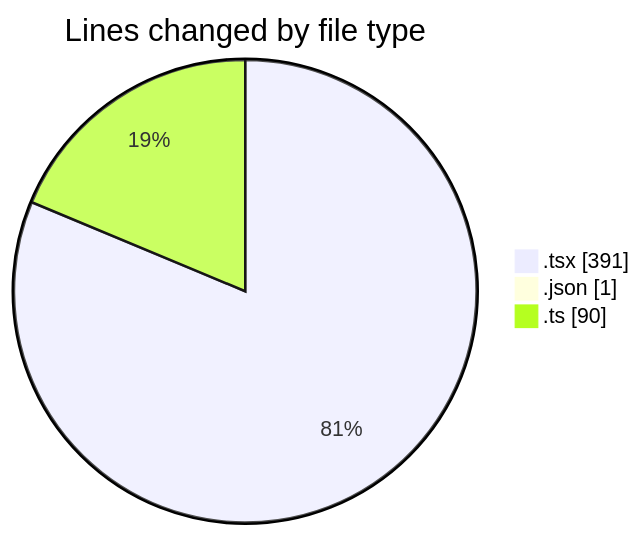
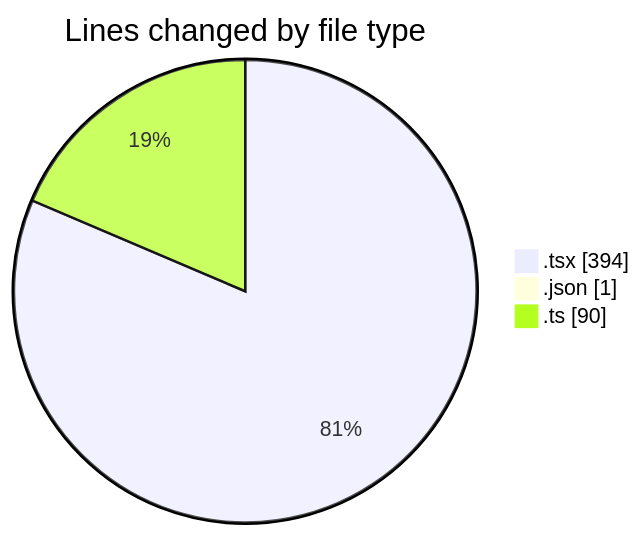
One commit to robertbonfada/code-tracking changed the first of 2 diagrams in 2025-01-21/mbc-web/README.md. Above: the diagram before and after it, drawn with Mermaid. The commit also changed other lines of this file and 1 other file, not shown here.

````diff
--- a/2025-01-21/mbc-web/README.md
+++ b/2025-01-21/mbc-web/README.md
@@ -34,7 +34,7 @@
 ```mermaid
 pie showData
 title Lines changed by file type
-".tsx" : 391
+".tsx" : 394
 ".json" : 1
 ".ts" : 90
 ```
````
